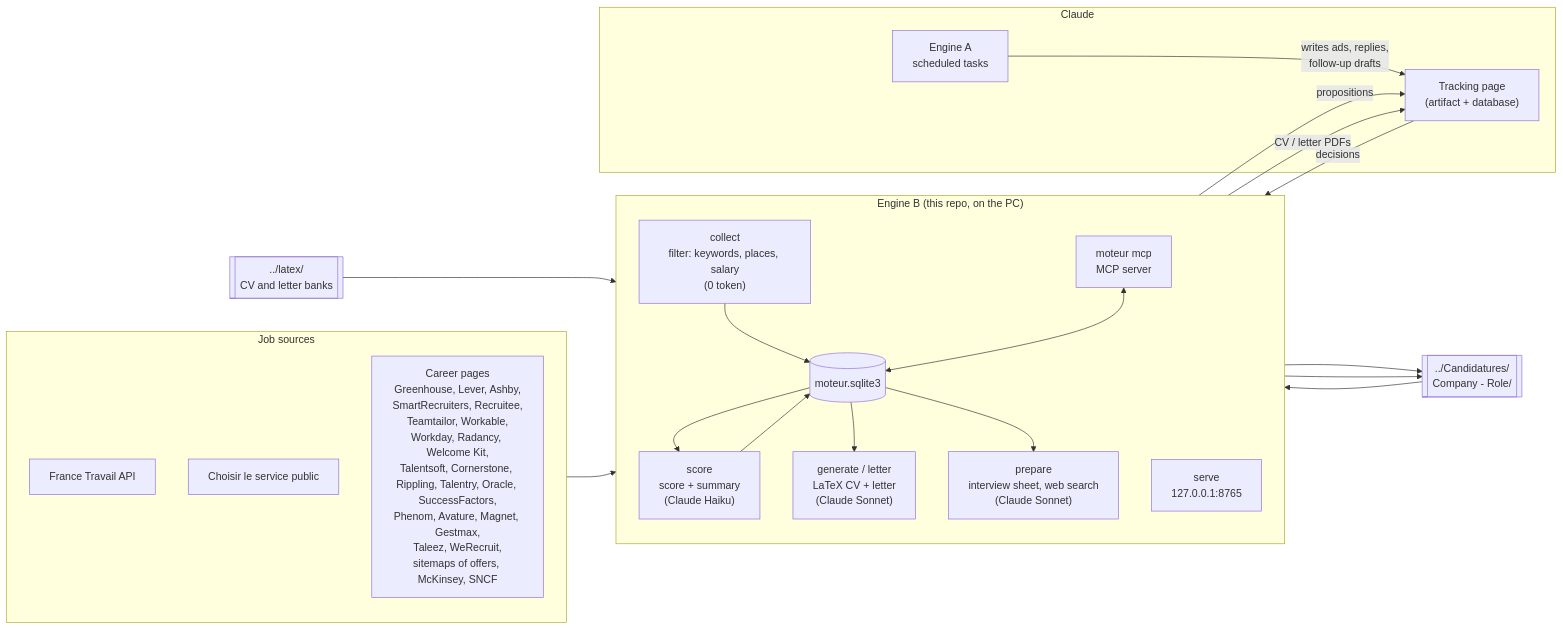
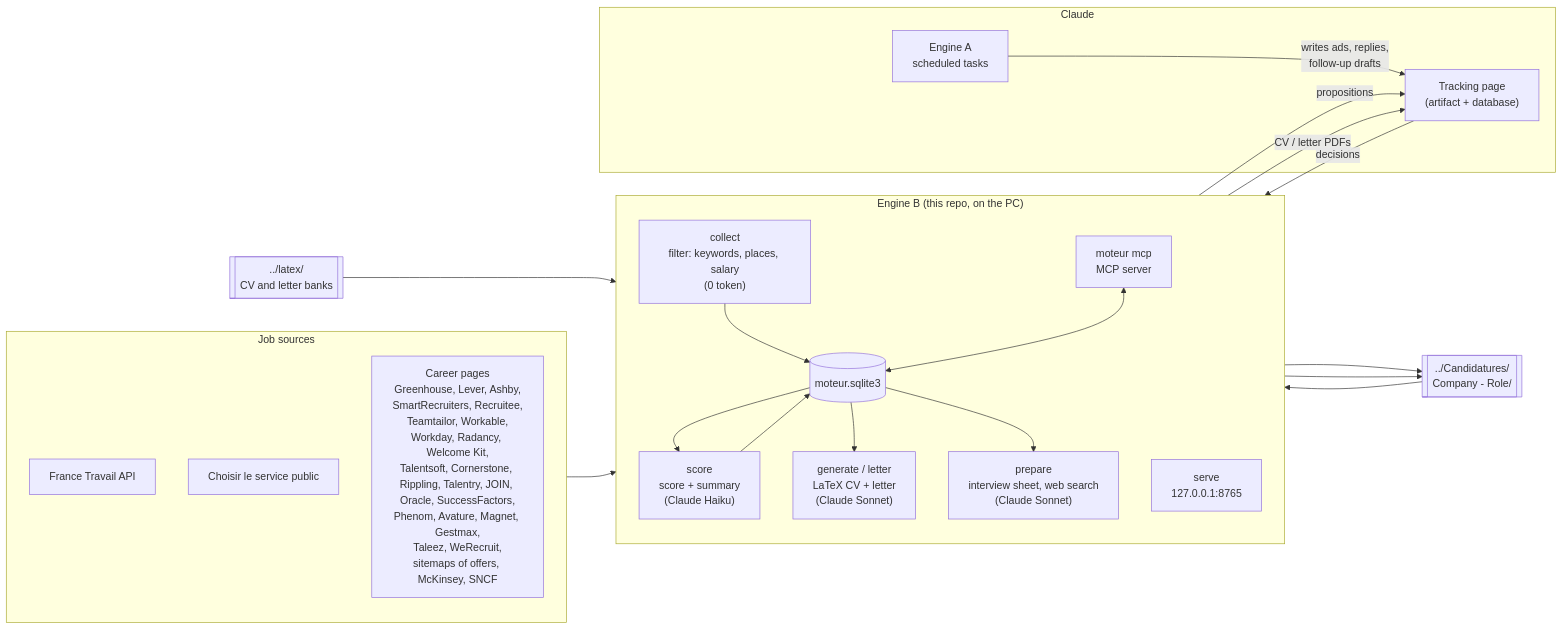
Before and after one commit to antoinebertoux/moteur-candidatures: the first of 2 diagrams in README.md, drawn with Mermaid. The commit also changed other lines of this file and 11 other files, not shown here.

````diff
--- a/README.md
+++ b/README.md
@@ -19,41 +19,41 @@
 ```mermaid
 flowchart LR
     subgraph sources["Job sources"]
         FT["France Travail API"]
         SP["Choisir le service public"]
-        ATS["Career pages<br/>Greenhouse, Lever, Ashby,<br/>SmartRecruiters, Recruitee,<br/>Teamtailor, Workable,<br/>Workday, Radancy, Welcome Kit,<br/>Talentsoft, Cornerstone, Rippling, Talentry, Oracle, SuccessFactors,<br/>Phenom, Avature, Magnet, Gestmax,<br/>Taleez, WeRecruit,<br/>sitemaps of offers, McKinsey, SNCF"]
+        ATS["Career pages<br/>Greenhouse, Lever, Ashby,<br/>SmartRecruiters, Recruitee,<br/>Teamtailor, Workable,<br/>Workday, Radancy, Welcome Kit,<br/>Talentsoft, Cornerstone, Rippling, Talentry, JOIN, Oracle, SuccessFactors,<br/>Phenom, Avature, Magnet, Gestmax,<br/>Taleez, WeRecruit,<br/>sitemaps of offers, McKinsey, SNCF"]
     end
 
     subgraph B["Engine B (this repo, on the PC)"]
         direction TB
         COL["collect<br/>filter: keywords, places, salary<br/>(0 token)"]
         DB[("moteur.sqlite3")]
         NOT["score<br/>score + summary<br/>(Claude Haiku)"]
         GEN["generate / letter<br/>LaTeX CV + letter<br/>(Claude Sonnet)"]
         PREP["prepare<br/>interview sheet, web search<br/>(Claude Sonnet)"]
         MCP["moteur mcp<br/>MCP server"]
         SRV["serve<br/>127.0.0.1:8765"]
         COL --> DB --> NOT --> DB
         DB --> GEN
         DB --> PREP
         MCP <--> DB
     end
 
     subgraph claude["Claude"]
         PAGE["Tracking page<br/>(artifact + database)"]
         A["Engine A<br/>scheduled tasks"]
     end
 
     LATEX[["../latex/<br/>CV and letter banks"]]
     OUT[["../Candidatures/<br/>Company - Role/"]]
 
     sources --> COL
     LATEX --> GEN
     GEN --> OUT
     PREP --> OUT
     MCP -- "propositions" --> PAGE
     PAGE -- "decisions" --> MCP
     A -- "writes ads, replies,<br/>follow-up drafts" --> PAGE
     SRV -- "CV / letter PDFs" --> PAGE
     OUT --> SRV
 ```
````
